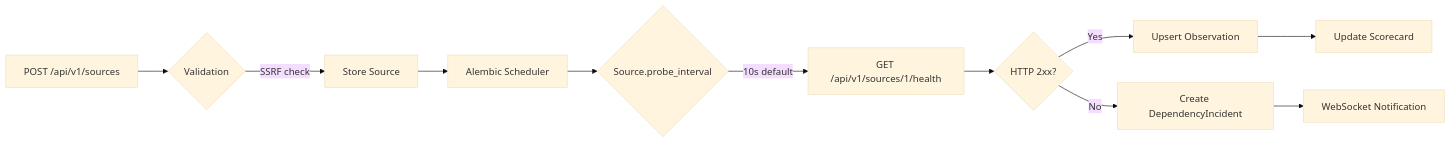
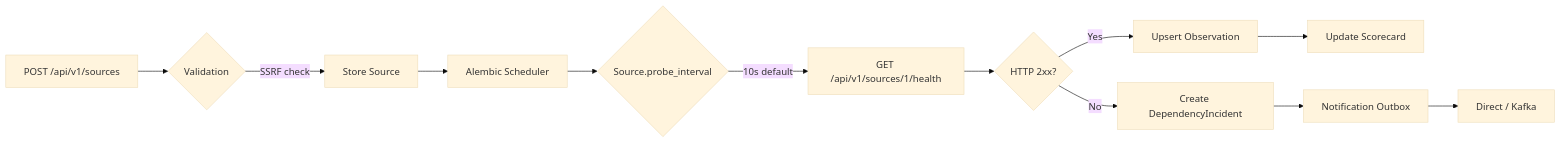
One commit to ivanprytula/api-observatory changed the fifth of 5 diagrams in docs/02-architecture/application-architecture.md. Above: the diagram before and after it, drawn with Mermaid (base theme). The commit also changed other lines of this file and 10 other files, not shown here.

First line of the commit message:
Demote WebSocket pub/sub from Core to Lab

````diff
--- a/docs/02-architecture/application-architecture.md
+++ b/docs/02-architecture/application-architecture.md
@@ -191,13 +191,14 @@
 ```mermaid
 flowchart LR
     A[POST /api/v1/sources] --> B{Validation}
     B -->|SSRF check| C[Store Source]
     C --> D[Alembic Scheduler]
     D --> E{Source.probe_interval}
     E -->|10s default| F[GET /api/v1/sources/1/health]
     F --> G{HTTP 2xx?}
     G -->|Yes| H[Upsert Observation]
     G -->|No| I[Create DependencyIncident]
     H --> J[Update Scorecard]
-    I --> K[WebSocket Notification]
+    I --> K[Notification Outbox]
+    K --> L[Direct / Kafka]
 ```
````
